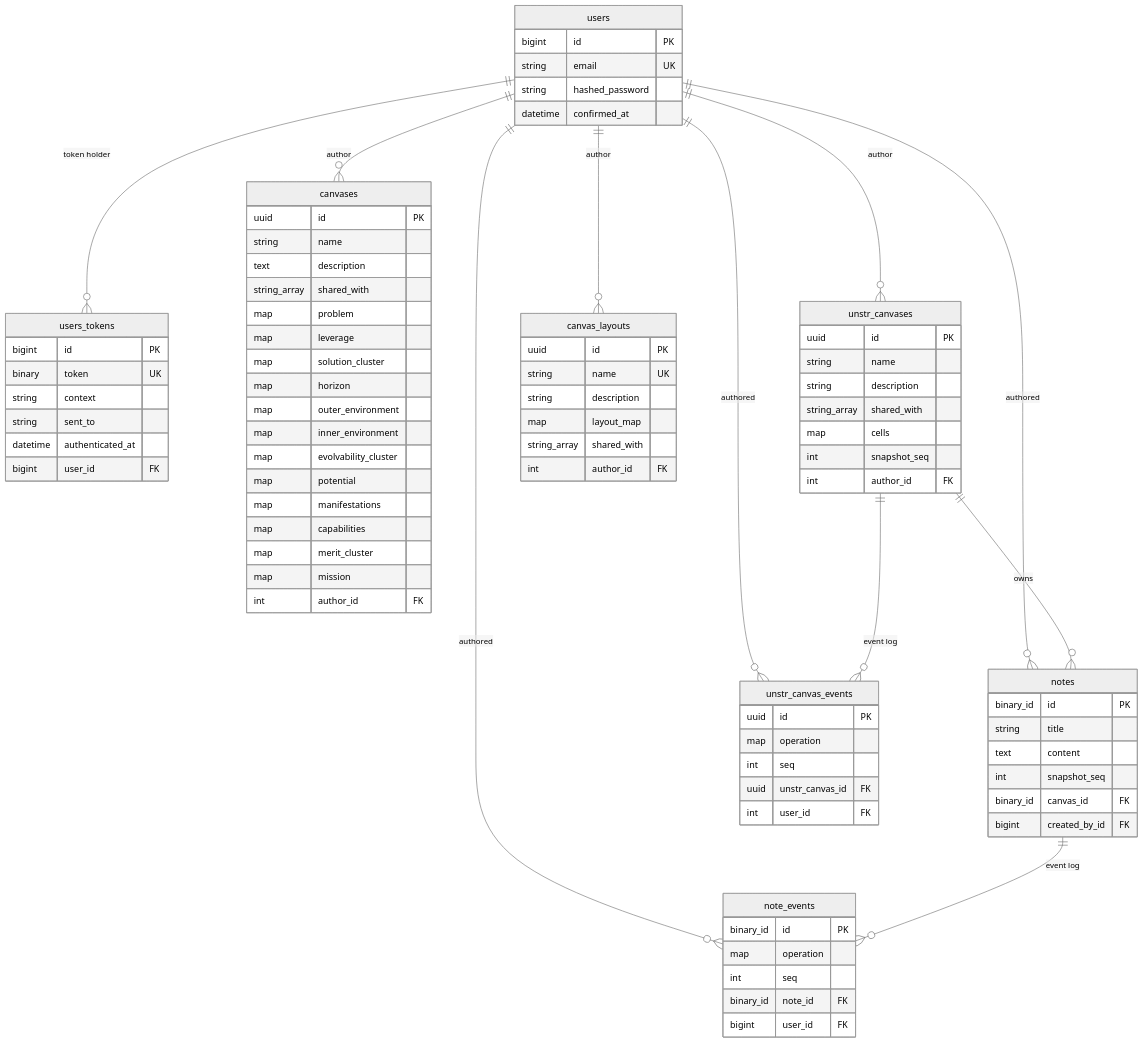
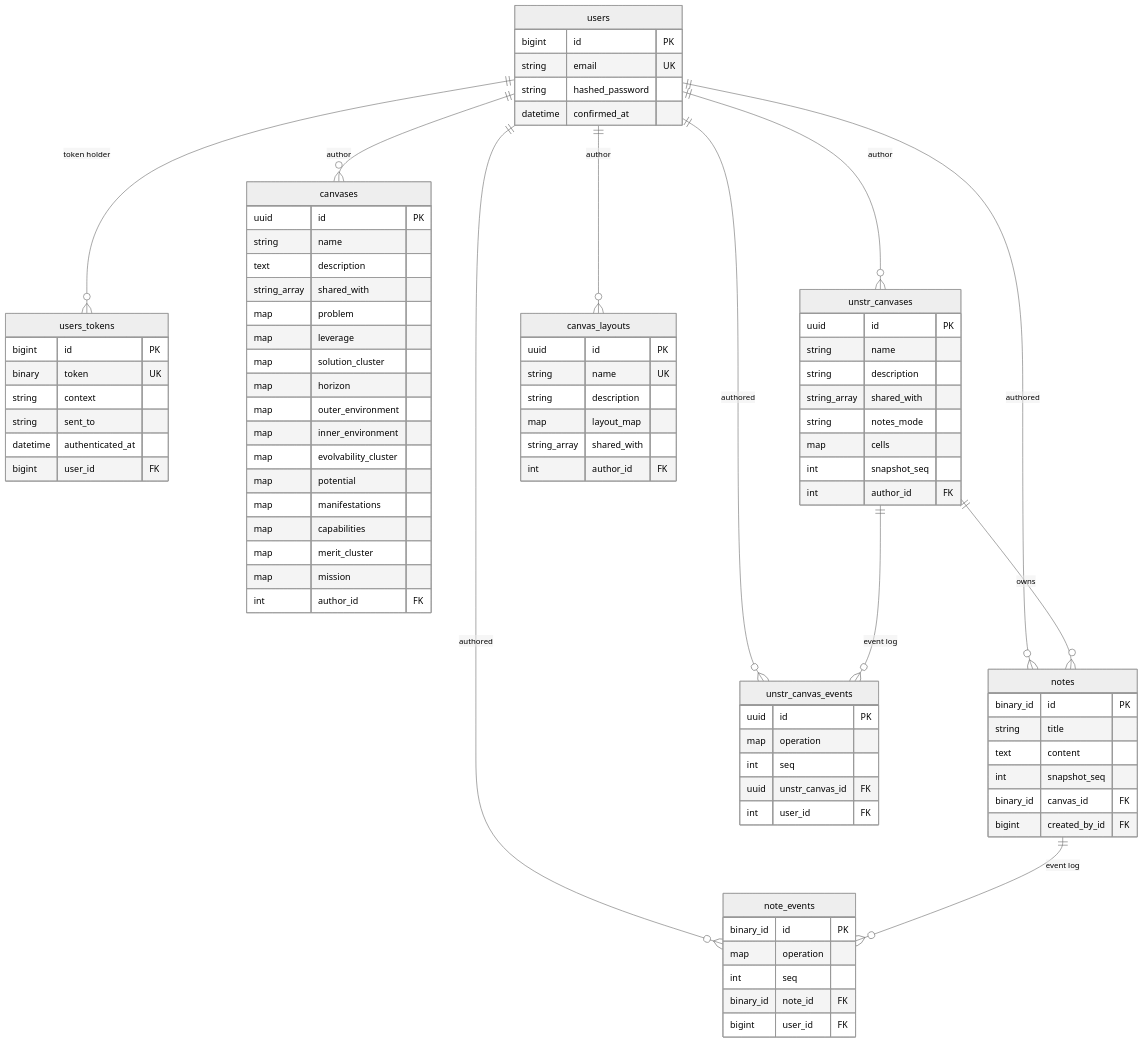
The diagram in docs/data_model.md (beltranaceves/psc-elixir), drawn with Mermaid (neutral theme) before and after one commit. The commit also changed 15 other files, not shown here.

```diff
--- a/docs/data_model.md
+++ b/docs/data_model.md
@@ -82,6 +82,7 @@
         string name
         string description
         string_array shared_with
+        string notes_mode
         map cells
         int snapshot_seq
         int author_id FK
```
